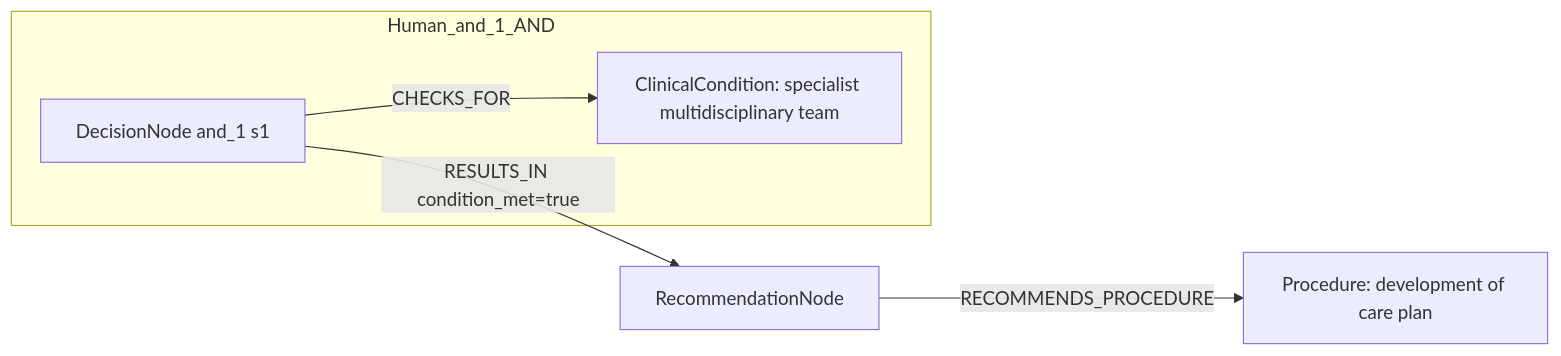
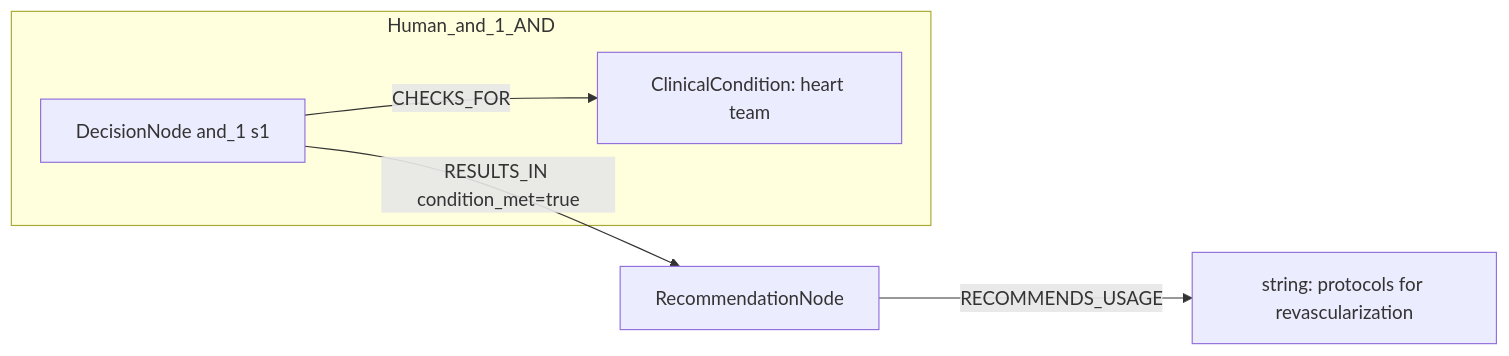
Before and after one commit to dieterich-lab/CardioGuidelinesGraph: the first of 2 diagrams in docs/table22_rows_comparison/row_05.md, drawn with Mermaid. The commit also changed other lines of this file and 20 other files, not shown here.

````diff
--- a/docs/table22_rows_comparison/row_05.md
+++ b/docs/table22_rows_comparison/row_05.md
@@ -134,12 +161,12 @@
 ```mermaid
 graph LR
   REC[RecommendationNode]
-  ACT1[Procedure: development of care plan]
-  REC -->|RECOMMENDS_PROCEDURE| ACT1
+  ACT1[string: protocols for revascularization]
+  REC -->|RECOMMENDS_USAGE| ACT1
   subgraph Human_and_1_AND
     D_and_1_1[DecisionNode and_1 s1]
-    C_and_1_1[ClinicalCondition: specialist multidisciplinary team]
+    C_and_1_1[ClinicalCondition: heart team]
     D_and_1_1 -->|CHECKS_FOR| C_and_1_1
   end
   D_and_1_1 -->|RESULTS_IN condition_met=true| REC
 ```
````
